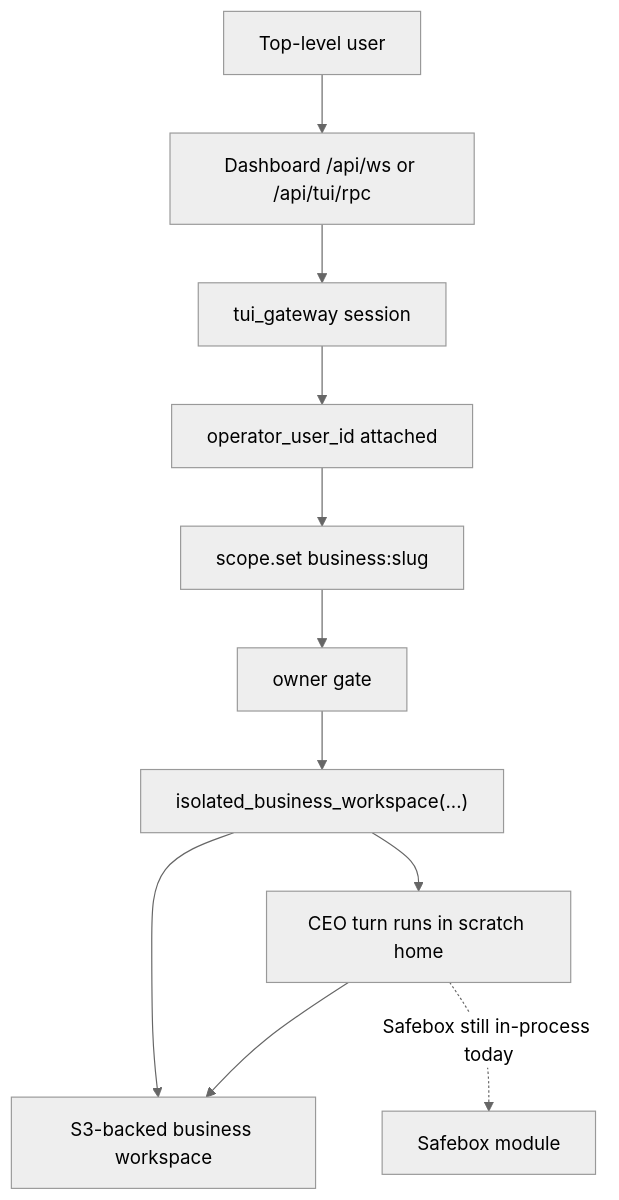
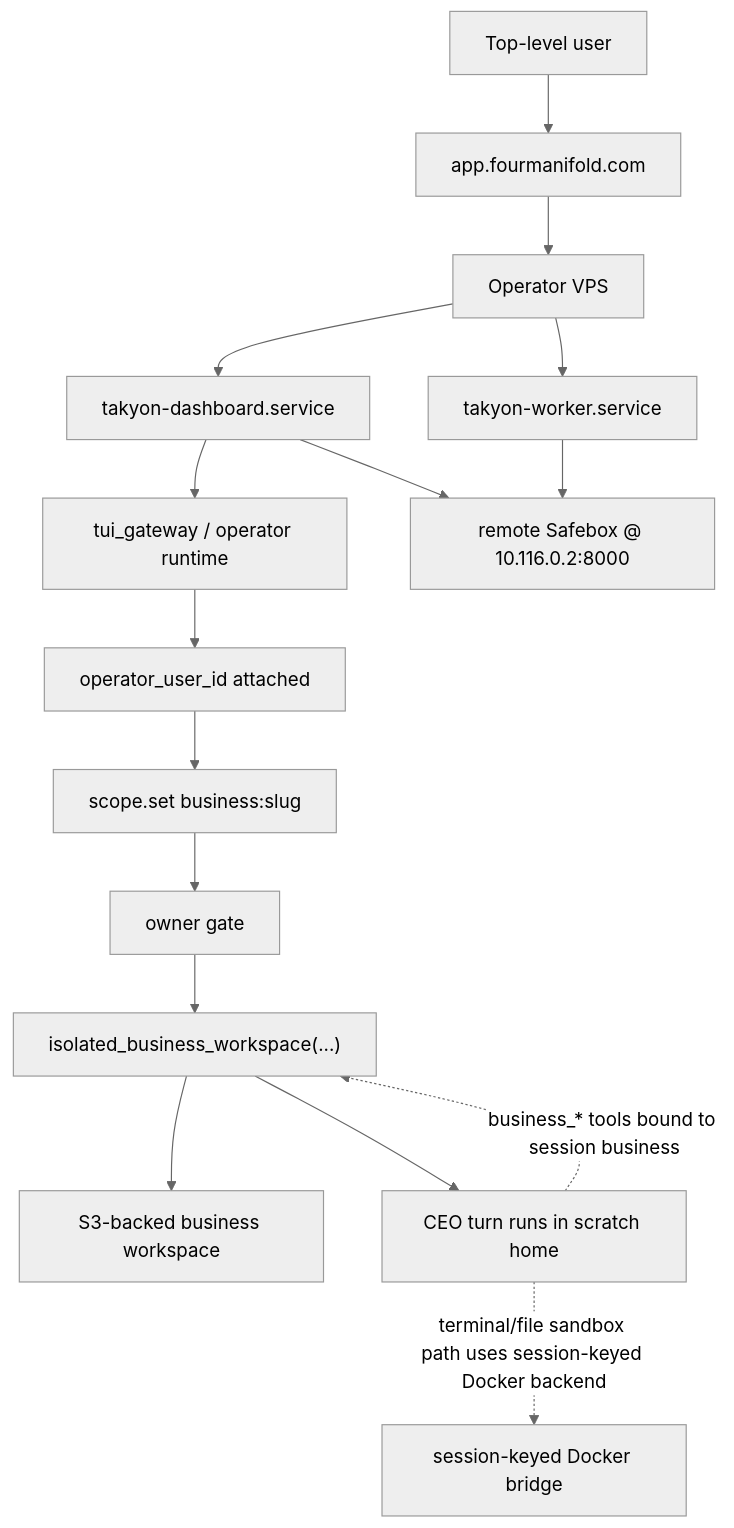
One commit to zhuangjoshua/meta-rl-loop changed the first of 4 diagrams in SAFETY_PLAN.md. Above: the diagram before and after it, drawn with Mermaid (neutral theme). The commit also changed other lines of this file and 3 other files, not shown here.

````diff
--- a/SAFETY_PLAN.md
+++ b/SAFETY_PLAN.md
@@ -341,13 +347,18 @@
 ```mermaid
 flowchart TD
-    TU["Top-level user"] --> WS["Dashboard /api/ws or /api/tui/rpc"]
-    WS --> TG["tui_gateway session"]
+    TU["Top-level user"] --> OWEB["app.fourmanifold.com"]
+    OWEB --> OVPS["Operator VPS"]
+    OVPS --> OAPP["takyon-dashboard.service"]
+    OVPS --> OWORK["takyon-worker.service"]
+    OAPP --> TG["tui_gateway / operator runtime"]
     TG --> OID["operator_user_id attached"]
     OID --> SCOPE["scope.set business:slug"]
     SCOPE --> OWNER["owner gate"]
     OWNER --> ISO["isolated_business_workspace(...)"]
     ISO --> S3["S3-backed business workspace"]
     ISO --> CEO["CEO turn runs in scratch home"]
-    CEO --> S3
-    CEO -. "Safebox still in-process today" .-> SB["Safebox module"]
+    OAPP --> SAFE["remote Safebox @ 10.116.0.2:8000"]
+    OWORK --> SAFE
+    CEO -. "business_* tools bound to session business" .-> ISO
+    CEO -. "terminal/file sandbox path uses session-keyed Docker backend" .-> DOCKER["session-keyed Docker bridge"]
 ```
````
